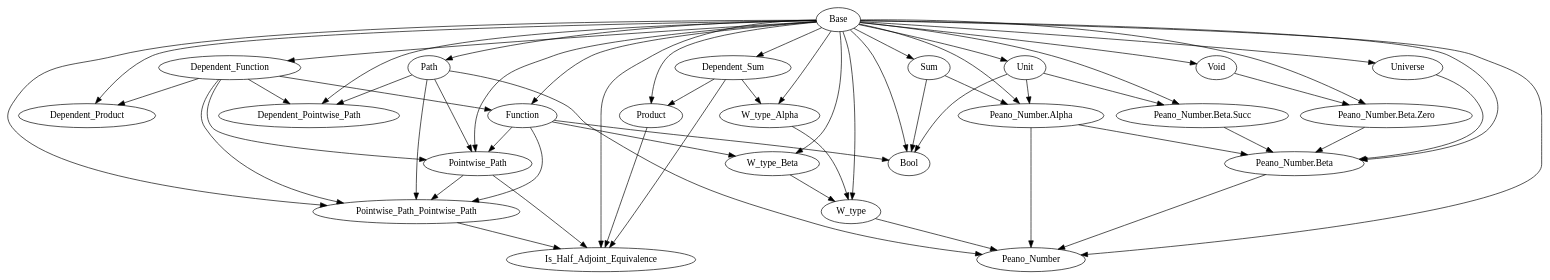
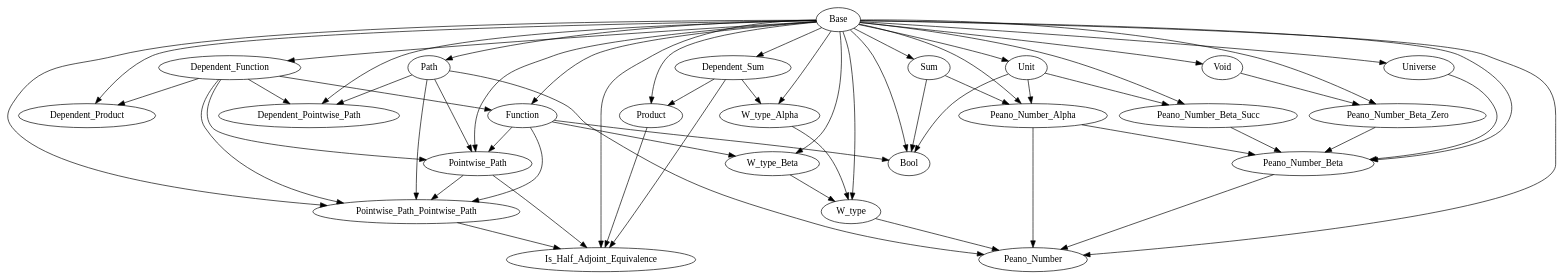
The diagram in libraries/dependencies.gv (Hexirp/googology-in-coq), drawn with Graphviz before and after one commit. The commit also changed 6 other files, not shown here.

```diff
--- a/libraries/dependencies.gv
+++ b/libraries/dependencies.gv
@@ -1,84 +1,84 @@
 digraph Dependencies {
   # Base
   # Dependent_Function
   "Base" -> "Dependent_Function";
   # Function
   "Base" -> "Function";
   "Dependent_Function" -> "Function";
   # Dependent_Product
   "Base" -> "Dependent_Product";
   "Dependent_Function" -> "Dependent_Product";
   # Dependent_Sum
   "Base" -> "Dependent_Sum";
   # Product
   "Base" -> "Product";
   "Dependent_Sum" -> "Product";
   # Sum
   "Base" -> "Sum";
   # Unit
   "Base" -> "Unit";
   # Void
   "Base" -> "Void";
   # W_type_Alpha
   "Base" -> "W_type_Alpha";
   "Dependent_Sum" -> "W_type_Alpha";
   # W_type_Beta
   "Base" -> "W_type_Beta";
   "Function" -> "W_type_Beta";
   # W_type
   "Base" -> "W_type";
   "W_type_Alpha" -> "W_type";
   "W_type_Beta" -> "W_type";
   # Universe
   "Base" -> "Universe";
   # Path
   "Base" -> "Path";
   # Dependent_Pointwise_Path
   "Base" -> "Dependent_Pointwise_Path";
   "Dependent_Function" -> "Dependent_Pointwise_Path";
   "Path" -> "Dependent_Pointwise_Path";
   # Pointwise_Path
   "Base" -> "Pointwise_Path";
   "Dependent_Function" -> "Pointwise_Path";
   "Function" -> "Pointwise_Path";
   "Path" -> "Pointwise_Path";
   # Pointwise_Path_Pointwise_Path
   "Base" -> "Pointwise_Path_Pointwise_Path";
   "Dependent_Function" -> "Pointwise_Path_Pointwise_Path";
   "Function" -> "Pointwise_Path_Pointwise_Path";
   "Path" -> "Pointwise_Path_Pointwise_Path";
   "Pointwise_Path" -> "Pointwise_Path_Pointwise_Path";
   # Is_Half_Adjoint_Equivalence
   "Base" -> "Is_Half_Adjoint_Equivalence";
   "Dependent_Sum" -> "Is_Half_Adjoint_Equivalence";
   "Product" -> "Is_Half_Adjoint_Equivalence";
   "Pointwise_Path" -> "Is_Half_Adjoint_Equivalence";
   "Pointwise_Path_Pointwise_Path" -> "Is_Half_Adjoint_Equivalence";
   # Bool
   "Base" -> "Bool";
   "Function" -> "Bool";
   "Sum" -> "Bool";
   "Unit" -> "Bool";
-  # Peano_Number.Alpha
-  "Base" -> "Peano_Number.Alpha";
-  "Sum" -> "Peano_Number.Alpha";
-  "Unit" -> "Peano_Number.Alpha";
-  # Peano_Number.Beta.Zero
-  "Base" -> "Peano_Number.Beta.Zero";
-  "Void" -> "Peano_Number.Beta.Zero";
-  # Peano_Number.Beta.Succ
-  "Base" -> "Peano_Number.Beta.Succ";
-  "Unit" -> "Peano_Number.Beta.Succ";
-  # Peano_Number.Beta
-  "Base" -> "Peano_Number.Beta";
-  "Universe" -> "Peano_Number.Beta";
-  "Peano_Number.Alpha" -> "Peano_Number.Beta";
-  "Peano_Number.Beta.Zero" -> "Peano_Number.Beta";
-  "Peano_Number.Beta.Succ" -> "Peano_Number.Beta";
+  # Peano_Number_Alpha
+  "Base" -> "Peano_Number_Alpha";
+  "Sum" -> "Peano_Number_Alpha";
+  "Unit" -> "Peano_Number_Alpha";
+  # Peano_Number_Beta_Zero
+  "Base" -> "Peano_Number_Beta_Zero";
+  "Void" -> "Peano_Number_Beta_Zero";
+  # Peano_Number_Beta_Succ
+  "Base" -> "Peano_Number_Beta_Succ";
+  "Unit" -> "Peano_Number_Beta_Succ";
+  # Peano_Number_Beta
+  "Base" -> "Peano_Number_Beta";
+  "Universe" -> "Peano_Number_Beta";
+  "Peano_Number_Alpha" -> "Peano_Number_Beta";
+  "Peano_Number_Beta_Zero" -> "Peano_Number_Beta";
+  "Peano_Number_Beta_Succ" -> "Peano_Number_Beta";
   # Peano_Number
   "Base" -> "Peano_Number";
   "W_type" -> "Peano_Number";
   "Path" -> "Peano_Number";
-  "Peano_Number.Alpha" -> "Peano_Number";
-  "Peano_Number.Beta" -> "Peano_Number";
+  "Peano_Number_Alpha" -> "Peano_Number";
+  "Peano_Number_Beta" -> "Peano_Number";
 }
```
